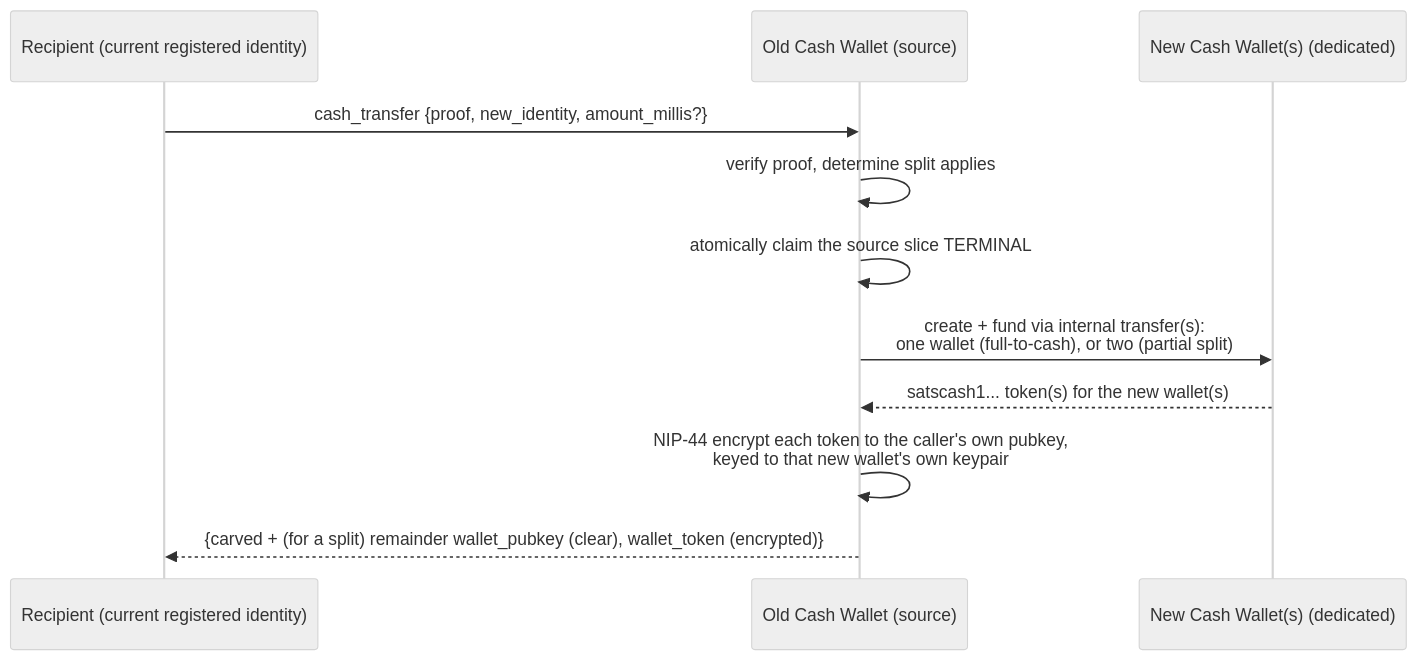
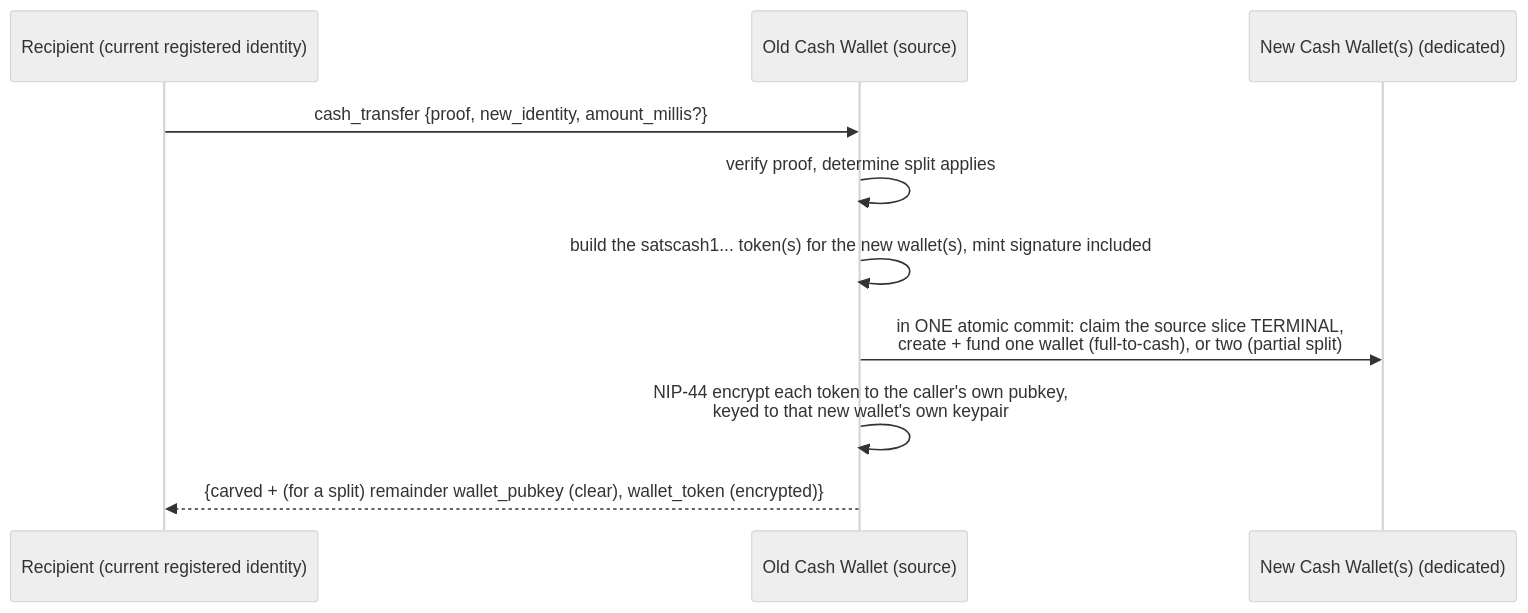
Before and after one commit to ohstr/nips: the fifth of 8 diagrams in NIP-CASH.md, drawn with Mermaid (neutral theme). The commit also changed other lines of this file, not shown here.

Commit message:
docs(nip-cash): replace the compensating saga with one atomic commit, tokens signed first

````diff
--- a/NIP-CASH.md
+++ b/NIP-CASH.md
@@ -997,14 +996,13 @@
 ```mermaid
 sequenceDiagram
     participant Caller as Recipient (current registered identity)
     participant Old as Old Cash Wallet (source)
     participant New as New Cash Wallet(s) (dedicated)
 
     Caller->>Old: cash_transfer {proof, new_identity, amount_millis?}
     Old->>Old: verify proof, determine split applies
-    Old->>Old: atomically claim the source slice TERMINAL
-    Old->>New: create + fund via internal transfer(s):<br/>one wallet (full-to-cash), or two (partial split)
-    New-->>Old: satscash1... token(s) for the new wallet(s)
+    Old->>Old: build the satscash1... token(s) for the new wallet(s), mint signature included
+    Old->>New: in ONE atomic commit: claim the source slice TERMINAL,<br/>create + fund one wallet (full-to-cash), or two (partial split)
     Old->>Old: NIP-44 encrypt each token to the caller's own pubkey,<br/>keyed to that new wallet's own keypair
     Old-->>Caller: {carved + (for a split) remainder wallet_pubkey (clear), wallet_token (encrypted)}
 ```
````
